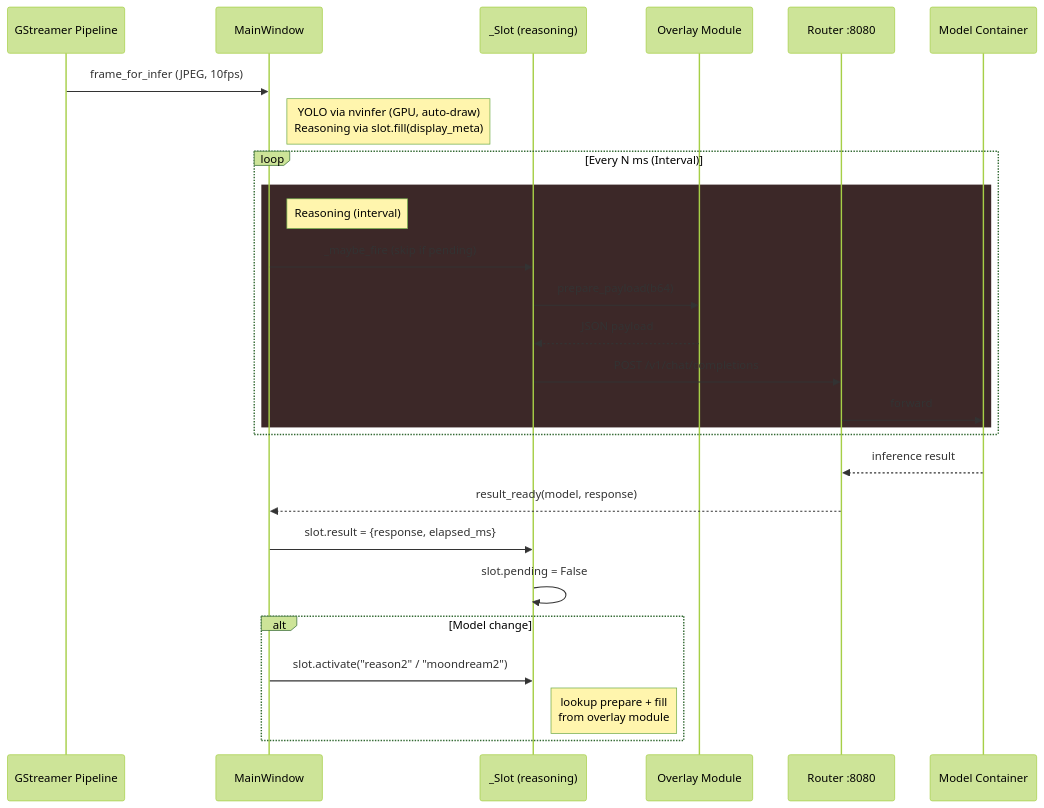
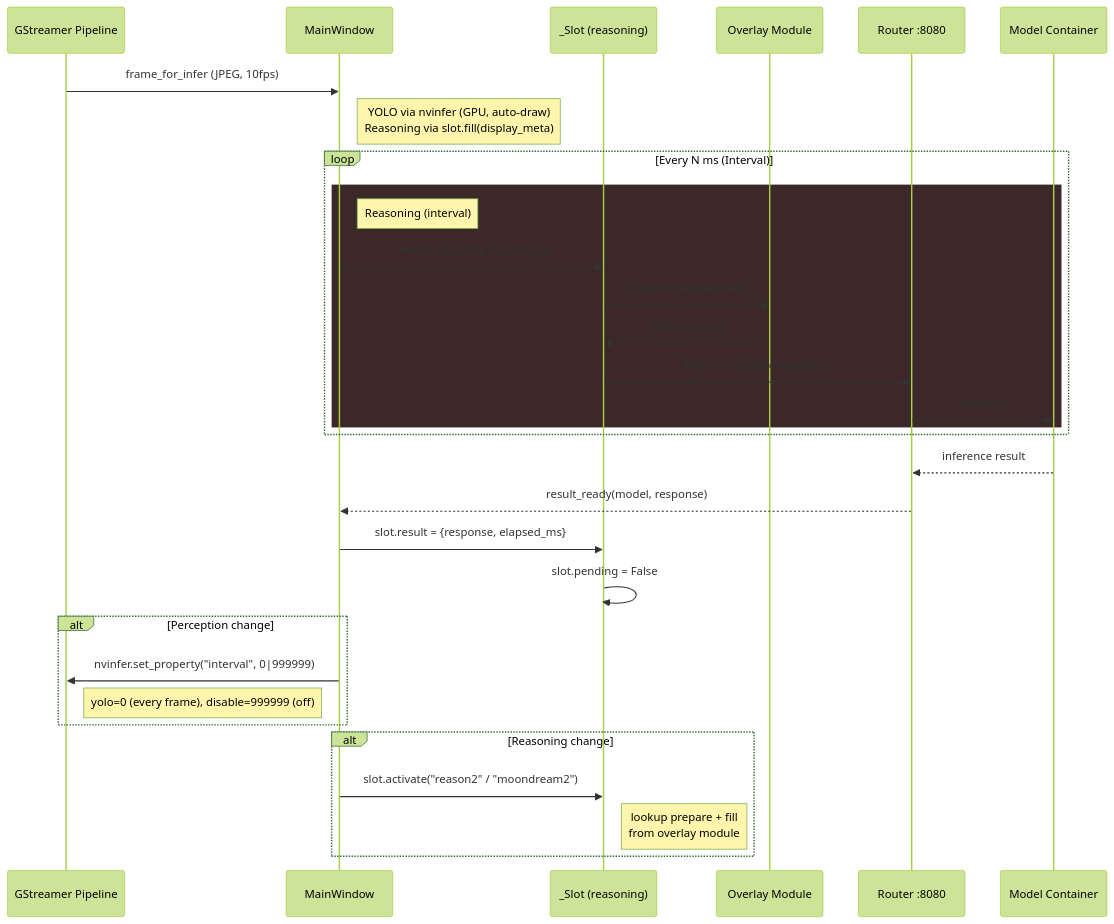
The fifth of 5 diagrams in pyside6-gui.md (ccbruce0812/nikko-vlm-webui), drawn with Mermaid (forest theme) before and after one commit. The commit also changed other lines of this file, not shown here.

````diff
--- a/pyside6-gui.md
+++ b/pyside6-gui.md
@@ -134,33 +134,37 @@
 ```mermaid
 sequenceDiagram
     participant GST as GStreamer Pipeline
     participant UI as MainWindow
     participant SlotR as _Slot (reasoning)
     participant Mod as Overlay Module
     participant RTR as Router :8080
     participant Backend as Model Container
 
     GST->>UI: frame_for_infer (JPEG, 10fps)
     note right of UI: YOLO via nvinfer (GPU, auto-draw)<br/>Reasoning via slot.fill(display_meta)
 
     loop Every N ms (Interval)
         rect rgb(60, 40, 40)
             note right of UI: Reasoning (interval)
             UI->>SlotR: _maybe_fire (skip if pending)
             SlotR->>Mod: prepare_payload(b64)
             Mod-->>SlotR: JSON payload
             SlotR->>RTR: POST /v1/chat/completions
             RTR->>Backend: forward
         end
     end
 
     Backend-->>RTR: inference result
     RTR-->>UI: result_ready(model, response)
     UI->>SlotR: slot.result = {response, elapsed_ms}
     SlotR->>SlotR: slot.pending = False
 
-    alt Model change
+    alt Perception change
+        UI->>GST: nvinfer.set_property("interval", 0|999999)
+        note right of GST: yolo=0 (every frame), disable=999999 (off)
+    end
+    alt Reasoning change
         UI->>SlotR: slot.activate("reason2" / "moondream2")
         note right of SlotR: lookup prepare + fill<br/>from overlay module
     end
 ```
````
